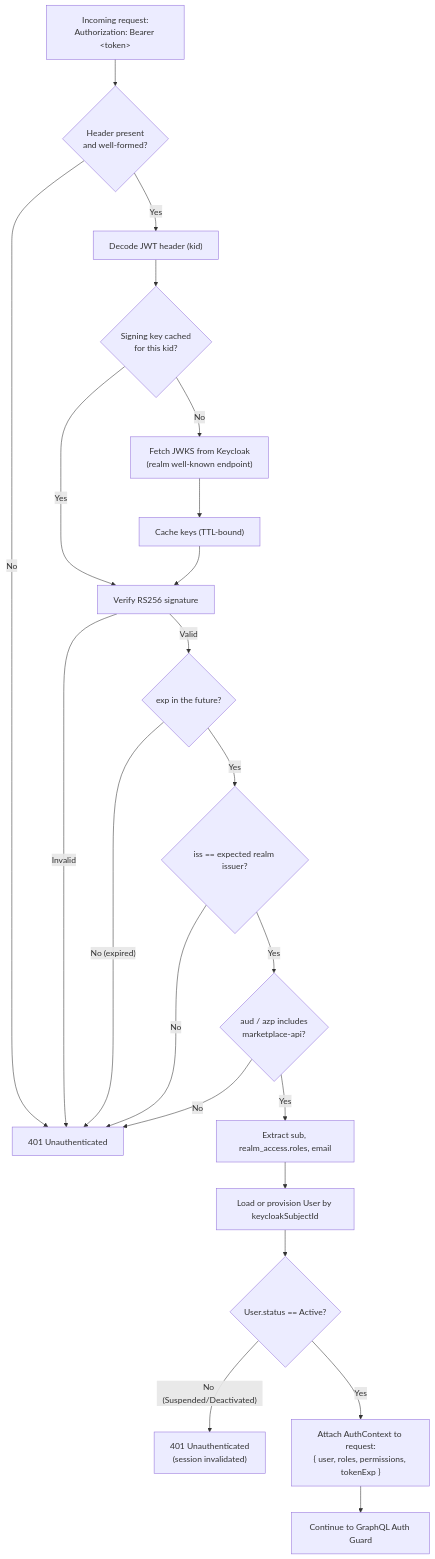
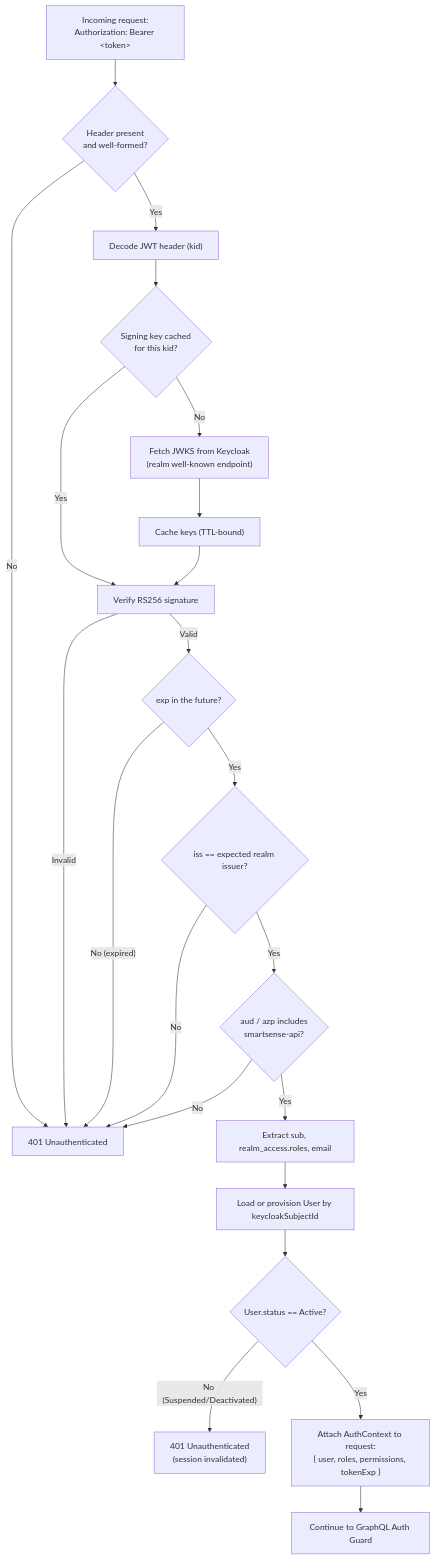
Before and after one commit to lakhaniyash/Smartsense-marketplace: the third of 11 diagrams in docs/authentication.md, drawn with Mermaid. The commit also changed other lines of this file and 6 other files, not shown here.

````diff
--- a/docs/authentication.md
+++ b/docs/authentication.md
@@ -125,24 +125,24 @@
 ```mermaid
 flowchart TD
     A["Incoming request:<br/>Authorization: Bearer &lt;token&gt;"] --> B{Header present<br/>and well-formed?}
     B -- No --> Z1["401 Unauthenticated"]
     B -- Yes --> C["Decode JWT header (kid)"]
     C --> D{"Signing key cached<br/>for this kid?"}
     D -- No --> E["Fetch JWKS from Keycloak<br/>(realm well-known endpoint)"]
     E --> F["Cache keys (TTL-bound)"]
     D -- Yes --> G
     F --> G["Verify RS256 signature"]
     G -- Invalid --> Z1
     G -- Valid --> H{"exp in the future?"}
     H -- No (expired) --> Z1
     H -- Yes --> I{"iss == expected realm issuer?"}
     I -- No --> Z1
-    I -- Yes --> J{"aud / azp includes<br/>marketplace-api?"}
+    I -- Yes --> J{"aud / azp includes<br/>smartsense-api?"}
     J -- No --> Z1
     J -- Yes --> K["Extract sub, realm_access.roles, email"]
     K --> L["Load or provision User by keycloakSubjectId"]
     L --> M{"User.status == Active?"}
     M -- No (Suspended/Deactivated) --> Z2["401 Unauthenticated<br/>(session invalidated)"]
     M -- Yes --> N["Attach AuthContext to request:<br/>{ user, roles, permissions, tokenExp }"]
     N --> O["Continue to GraphQL Auth Guard"]
 ```
````
